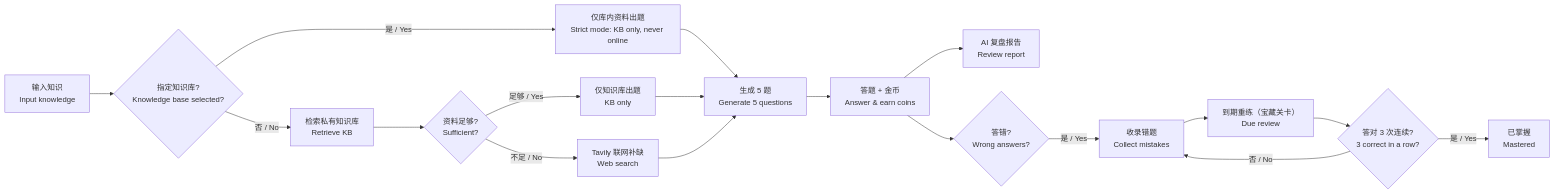
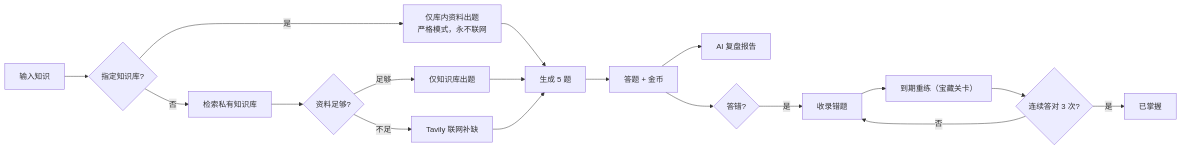
The diagram in README.md (fo11ow-me/ai-learn), drawn with Mermaid before and after one commit. The commit also changed other lines of this file and 1 other file, not shown here.

Commit message:
style(docs): README 拆分中英双语（README.md / README.en.md），截图等宽排序

````diff
--- a/README.md
+++ b/README.md
@@ -32,18 +29,18 @@
 ```mermaid
 flowchart LR
-    A[输入知识<br/>Input knowledge] --> B{指定知识库?<br/>Knowledge base selected?}
-    B -- 是 / Yes --> C[仅库内资料出题<br/>Strict mode: KB only, never online]
-    B -- 否 / No --> D[检索私有知识库<br/>Retrieve KB]
-    D --> E{资料足够?<br/>Sufficient?}
-    E -- 足够 / Yes --> F[仅知识库出题<br/>KB only]
-    E -- 不足 / No --> G[Tavily 联网补缺<br/>Web search]
-    C & F & G --> H[生成 5 题<br/>Generate 5 questions]
-    H --> I[答题 + 金币<br/>Answer & earn coins]
-    I --> J[AI 复盘报告<br/>Review report]
-    I --> K{答错?<br/>Wrong answers?}
-    K -- 是 / Yes --> L[收录错题<br/>Collect mistakes]
-    L --> M[到期重练（宝藏关卡）<br/>Due review]
-    M --> N{答对 3 次连续?<br/>3 correct in a row?}
-    N -- 否 / No --> L
-    N -- 是 / Yes --> O[已掌握<br/>Mastered]
+    A[输入知识] --> B{指定知识库?}
+    B -- 是 --> C[仅库内资料出题<br/>严格模式，永不联网]
+    B -- 否 --> D[检索私有知识库]
+    D --> E{资料足够?}
+    E -- 足够 --> F[仅知识库出题]
+    E -- 不足 --> G[Tavily 联网补缺]
+    C & F & G --> H[生成 5 题]
+    H --> I[答题 + 金币]
+    I --> J[AI 复盘报告]
+    I --> K{答错?}
+    K -- 是 --> L[收录错题]
+    L --> M[到期重练（宝藏关卡）]
+    M --> N{连续答对 3 次?}
+    N -- 否 --> L
+    N -- 是 --> O[已掌握]
 ```
````
